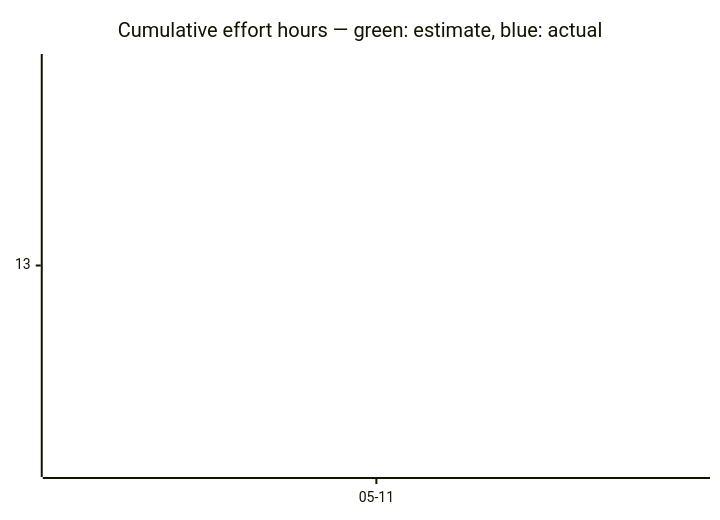
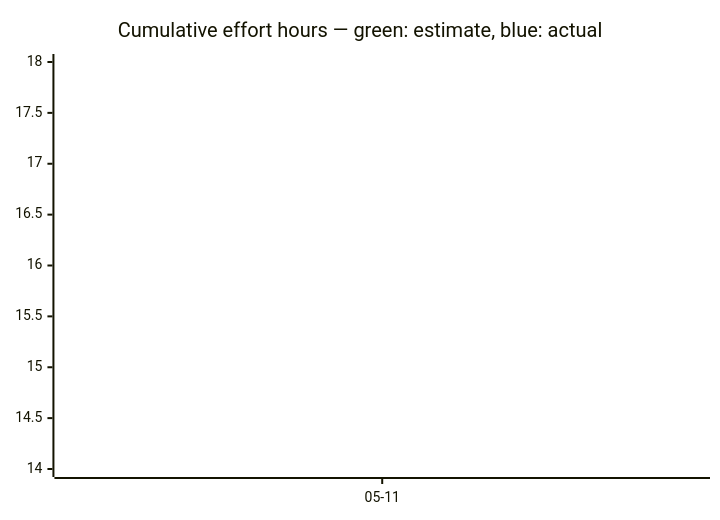
The third of 3 diagrams in docs/developers/tasks/OVERVIEW.md (tgd1975/AwesomeGuitarPedal), drawn with Mermaid before and after one commit. The commit also changed other lines of this file and 3 other files, not shown here.

````diff
--- a/docs/developers/tasks/OVERVIEW.md
+++ b/docs/developers/tasks/OVERVIEW.md
@@ -40,7 +40,7 @@
 ```mermaid
 xychart-beta
     title "Cumulative effort hours — green: estimate, blue: actual"
     x-axis ["05-11"]
-    line [13]
-    line [13]
+    line [14]
+    line [18]
 ```
````
